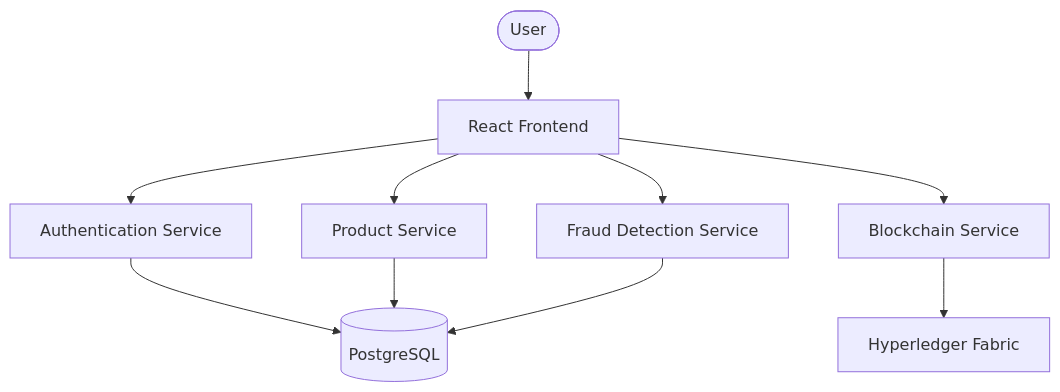
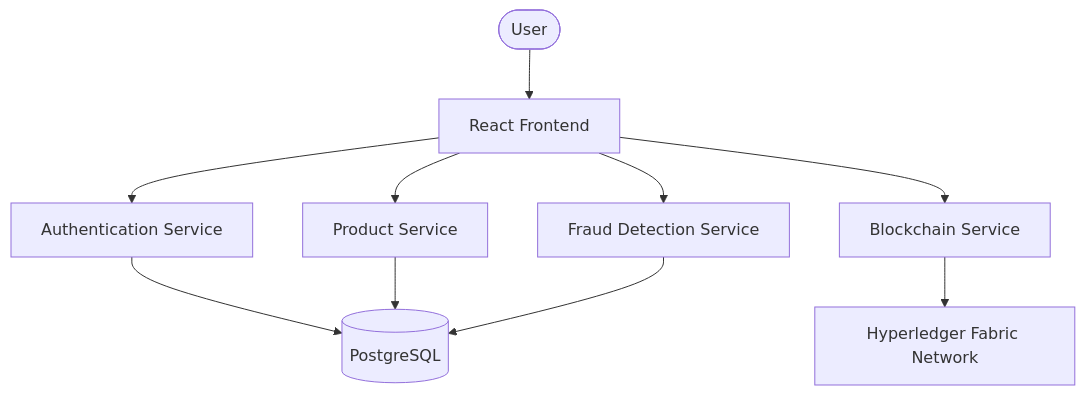
One commit to RishiDargad18/ZeroFake changed the diagram in README.md. Above: the diagram before and after it, drawn with Mermaid. The commit also changed other lines of this file, not shown here.

````diff
--- a/README.md
+++ b/README.md
@@ -9,14 +25,15 @@
 ```mermaid
 graph TD
     User([User]) --> Frontend[React Frontend]
+
     Frontend --> Auth[Authentication Service]
     Frontend --> Product[Product Service]
     Frontend --> Fraud[Fraud Detection Service]
     Frontend --> Blockchain[Blockchain Service]
 
-    Auth --> PostgreSQL[(PostgreSQL)]
-    Product --> PostgreSQL
-    Fraud --> PostgreSQL
+    Auth --> DB[(PostgreSQL)]
+    Product --> DB
+    Fraud --> DB
 
-    Blockchain --> Fabric[Hyperledger Fabric]
+    Blockchain --> Fabric[Hyperledger Fabric Network]
 ```
````
